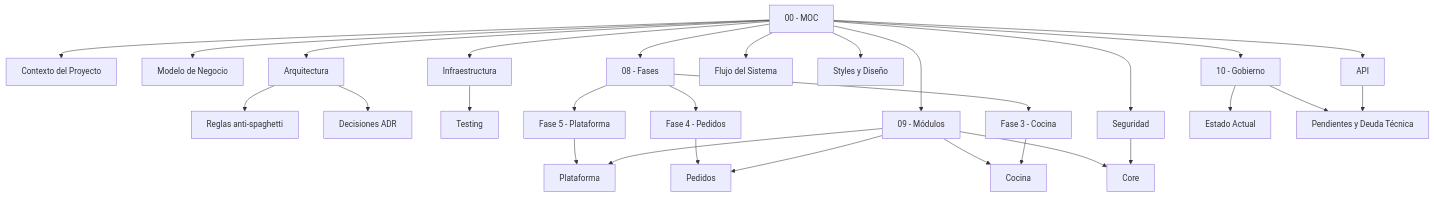
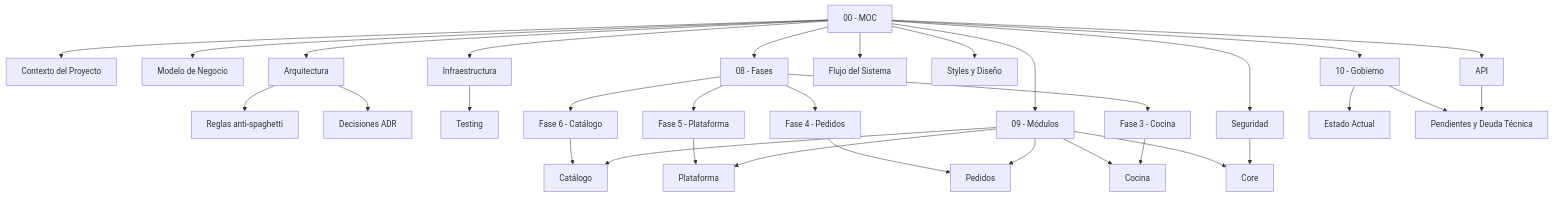
Before and after one commit to Giands96/servidOS-front: the diagram in notes/00 - MOC.md, drawn with Mermaid. The commit also changed other lines of this file and 6 other files, not shown here.

````diff
--- a/notes/00 - MOC.md
+++ b/notes/00 - MOC.md
@@ -61,31 +64,34 @@
 ```mermaid
 graph TD
     MOC[00 - MOC] --> Ctx[Contexto del Proyecto]
     MOC --> Neg[Modelo de Negocio]
     MOC --> Arq[Arquitectura]
     Arq --> Anti[Reglas anti-spaghetti]
     Arq --> ADR[Decisiones ADR]
     MOC --> Infra[Infraestructura]
     Infra --> Test[Testing]
     MOC --> Seg[Seguridad]
     MOC --> API[API]
     MOC --> Flujo[Flujo del Sistema]
     MOC --> Sty[Styles y Diseño]
     MOC --> Fases[08 - Fases]
     MOC --> Mods[09 - Módulos]
     Mods --> Core
     Mods --> Cocina
     Fases --> F3[Fase 3 - Cocina]
     F3 --> Cocina
     Fases --> F4[Fase 4 - Pedidos]
     F4 --> Pedidos
     Fases --> F5[Fase 5 - Plataforma]
     F5 --> Plataforma
+    Fases --> F6[Fase 6 - Catálogo]
+    F6 --> Catalogo[Catálogo]
     Mods --> Pedidos
     Mods --> Plataforma
+    Mods --> Catalogo
     MOC --> Gob[10 - Gobierno]
     Gob --> Estado[Estado Actual]
     Gob --> Pend[Pendientes y Deuda Técnica]
     Seg --> Core
     API --> Pend
 ```
````
